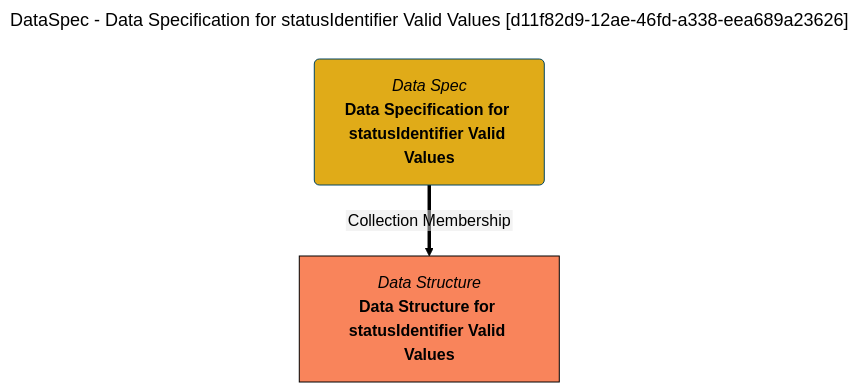
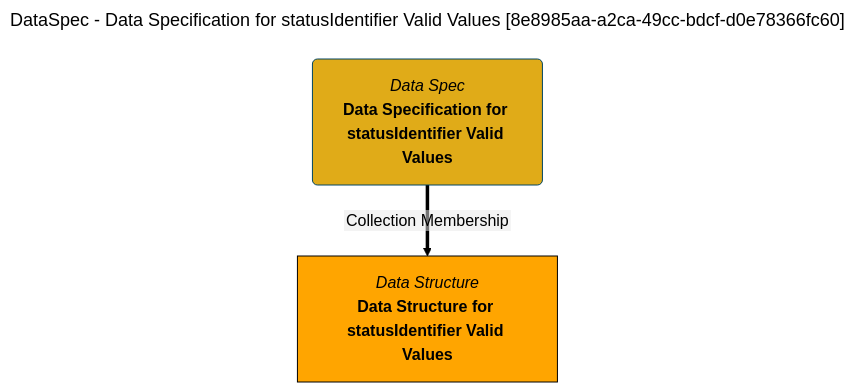
Before and after one commit to odpi/egeria-docs: the diagram in site/snippets/collections/data-specs/data-specification-for-statusidentifier-valid-values-mermaid-graph.md, drawn with Mermaid (forest theme). The commit also changed 2201 other files, not shown here.

````diff
--- a/site/snippets/collections/data-specs/data-specification-for-statusidentifier-valid-values-mermaid-graph.md
+++ b/site/snippets/collections/data-specs/data-specification-for-statusidentifier-valid-values-mermaid-graph.md
@@ -1,15 +1,15 @@
 ```mermaid
 ---
-title: DataSpec - Data Specification for statusIdentifier Valid Values [d11f82d9-12ae-46fd-a338-eea689a23626]
+title: DataSpec - Data Specification for statusIdentifier Valid Values [8e8985aa-a2ca-49cc-bdcf-d0e78366fc60]
 ---
 flowchart TD
 %%{init: {"flowchart": {"htmlLabels": false}} }%%
 
 1@{ shape: rounded, label: "*Data Spec*
 **Data Specification for statusIdentifier Valid Values**"}
 2@{ shape: rect, label: "*Data Structure*
 **Data Structure for statusIdentifier Valid Values**"}
 1==>|"Collection Membership"|2
 style 1 color:#000000, fill:#e0ab18, stroke:#004563
-style 2 color:#000000, fill:#f9845b, stroke:#000000
+style 2 color:#000000, fill:#FFA500, stroke:#000000
 ```
````
